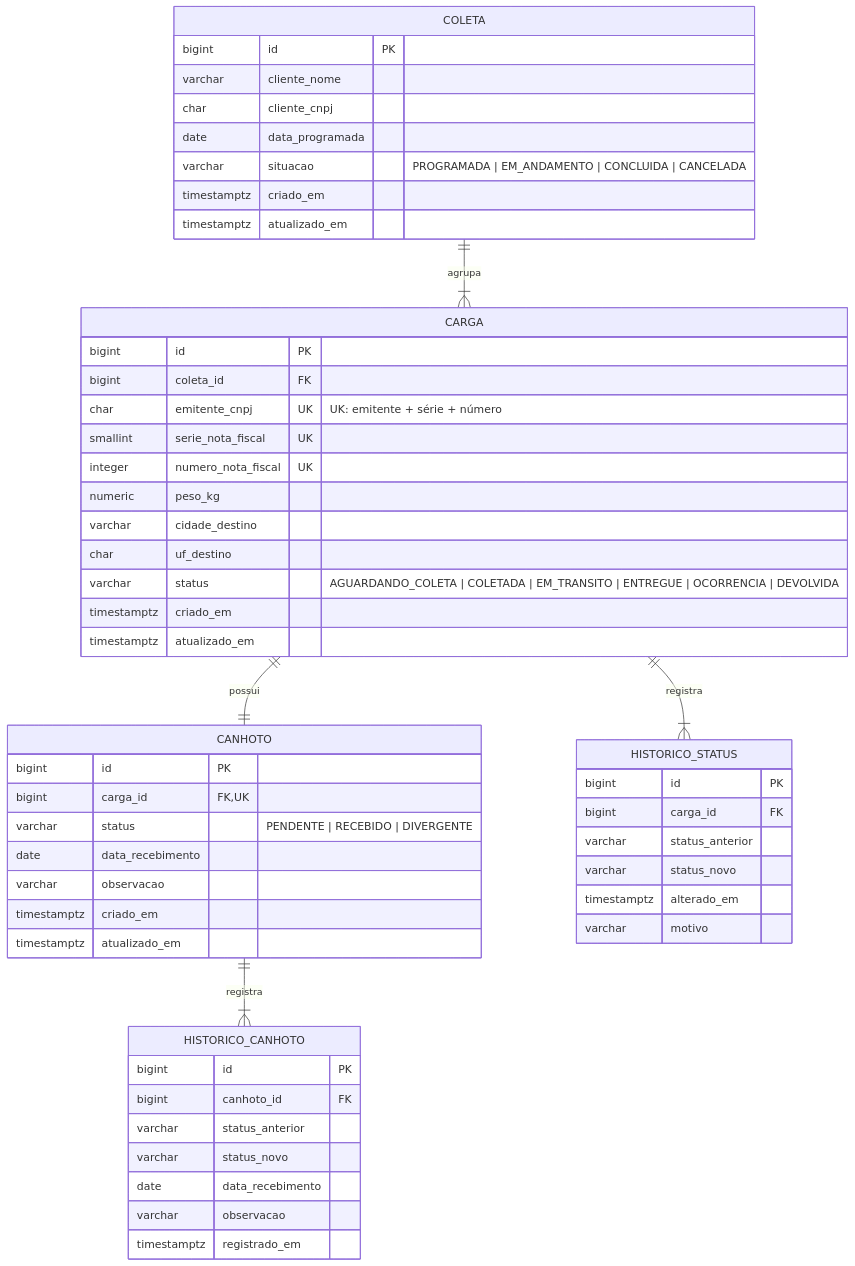
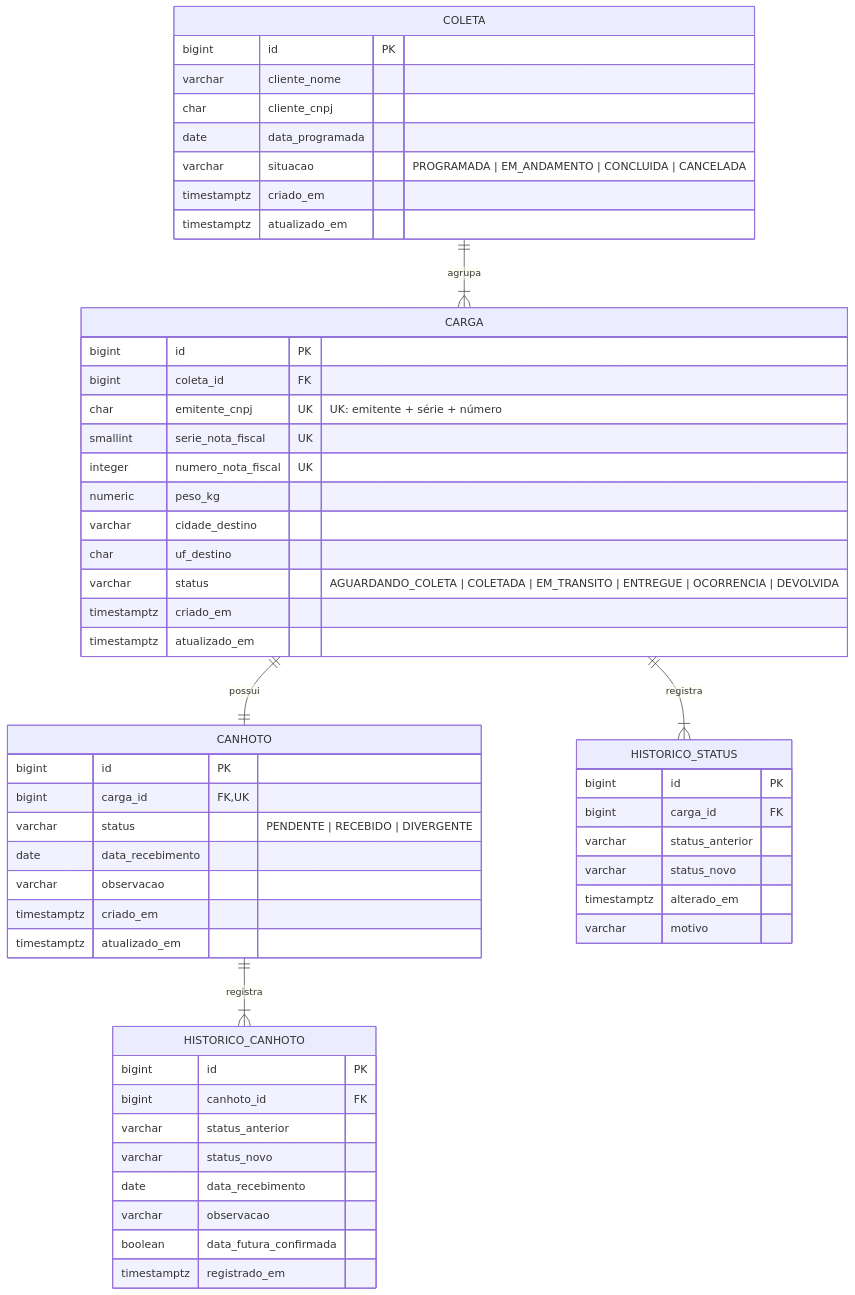
The diagram in README.md (Ejurevics/API-Controle_Canhotos), drawn with Mermaid before and after one commit. The commit also changed other lines of this file and 5 other files, not shown here.

Commit message:
feat(canhoto): marca data futura confirmada no histórico

````diff
--- a/README.md
+++ b/README.md
@@ -9,60 +9,61 @@
 ```mermaid
 erDiagram
     COLETA ||--|{ CARGA : agrupa
     CARGA ||--|| CANHOTO : possui
     CARGA ||--|{ HISTORICO_STATUS : registra
     CANHOTO ||--|{ HISTORICO_CANHOTO : registra
 
     COLETA {
         bigint id PK
         varchar cliente_nome
         char cliente_cnpj
         date data_programada
         varchar situacao "PROGRAMADA | EM_ANDAMENTO | CONCLUIDA | CANCELADA"
         timestamptz criado_em
         timestamptz atualizado_em
     }
 
     CARGA {
         bigint id PK
         bigint coleta_id FK
         char emitente_cnpj UK "UK: emitente + série + número"
         smallint serie_nota_fiscal UK
         integer numero_nota_fiscal UK
         numeric peso_kg
         varchar cidade_destino
         char uf_destino
         varchar status "AGUARDANDO_COLETA | COLETADA | EM_TRANSITO | ENTREGUE | OCORRENCIA | DEVOLVIDA"
         timestamptz criado_em
         timestamptz atualizado_em
     }
 
     CANHOTO {
         bigint id PK
         bigint carga_id FK,UK
         varchar status "PENDENTE | RECEBIDO | DIVERGENTE"
         date data_recebimento
         varchar observacao
         timestamptz criado_em
         timestamptz atualizado_em
     }
 
     HISTORICO_STATUS {
         bigint id PK
         bigint carga_id FK
         varchar status_anterior
         varchar status_novo
         timestamptz alterado_em
         varchar motivo
     }
 
     HISTORICO_CANHOTO {
         bigint id PK
         bigint canhoto_id FK
         varchar status_anterior
         varchar status_novo
         date data_recebimento
         varchar observacao
+        boolean data_futura_confirmada
         timestamptz registrado_em
     }
 ```
````
